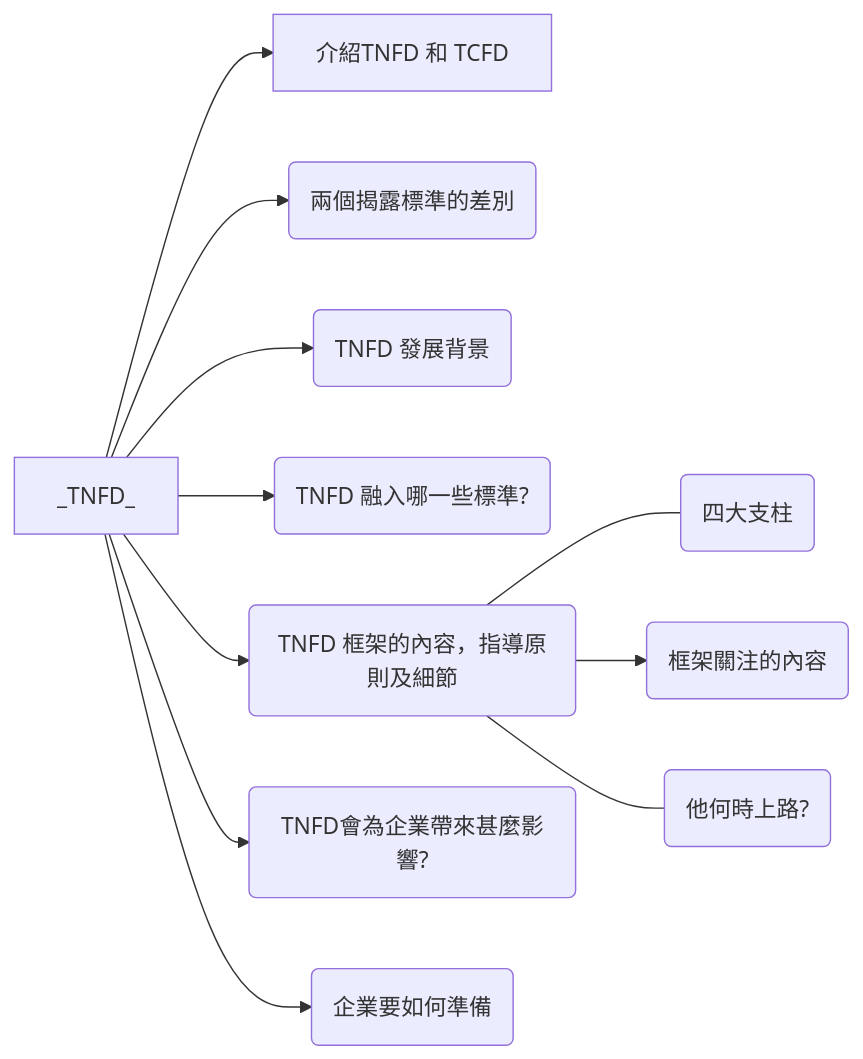
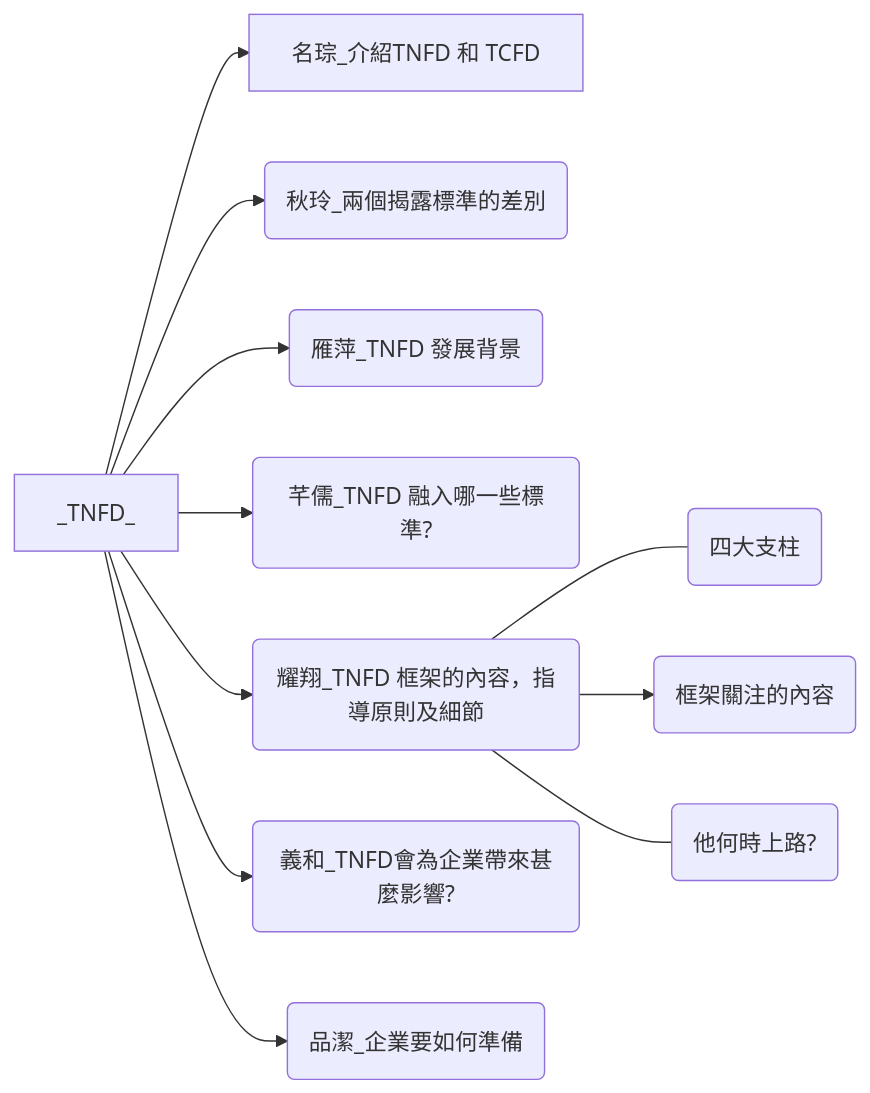
Before and after one commit to bridgerhung/wiki_NYUST: the diagram in docs/class/eco.md, drawn with Mermaid. The commit also changed 3 other files, not shown here.

````diff
--- a/docs/class/eco.md
+++ b/docs/class/eco.md
@@ -18,15 +18,15 @@
 ```mermaid
 flowchart LR
-    0[_TNFD_] --> 1["介紹TNFD 和 TCFD"]
-    0 --> 2("兩個揭露標準的差別")
-    0 --> 3("TNFD 發展背景")
-    0 --> 4("TNFD 融入哪一些標準?")
-    0 --> 5("TNFD 框架的內容，指導原則及細節")
+    0[_TNFD_] --> 1["名琮_介紹TNFD 和 TCFD"]
+    0 --> 2("秋玲_兩個揭露標準的差別")
+    0 --> 3("雁萍_TNFD 發展背景")
+    0 --> 4("芊儒_TNFD 融入哪一些標準?")
+    0 --> 5("耀翔_TNFD 框架的內容，指導原則及細節")
     5 --- 5.1(四大支柱)
     5 --> 5.2(框架關注的內容)
     5 --- 5.3(他何時上路?)
-    0 --> 6("TNFD會為企業帶來甚麼影響?")
-    0 --> 7("企業要如何準備")
+    0 --> 6("義和_TNFD會為企業帶來甚麼影響?")
+    0 --> 7("品潔_企業要如何準備")
   
 click 0 "https://csr.cw.com.tw/article/43146"
 ```
````
